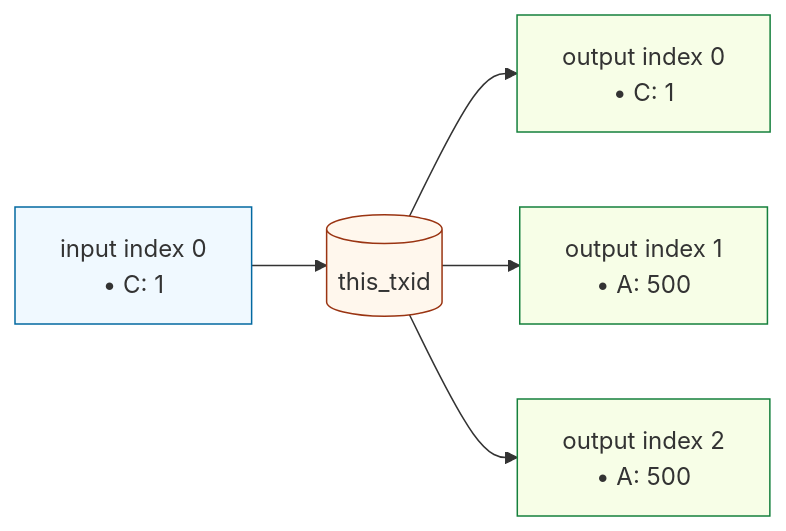
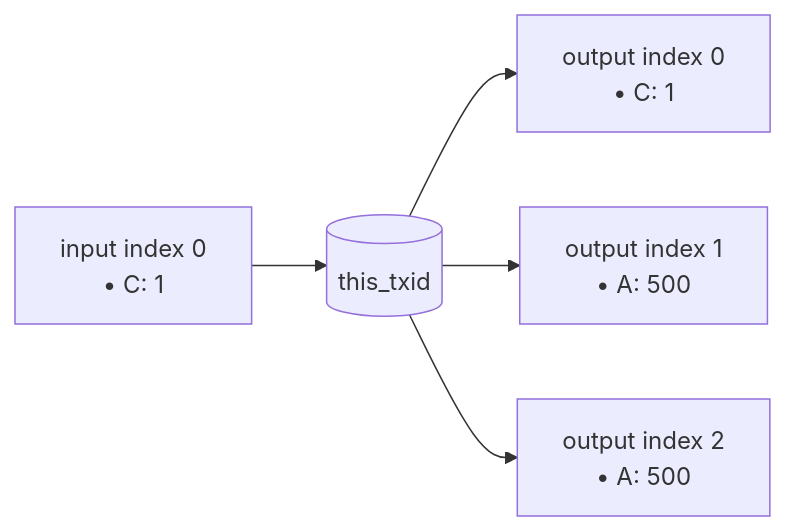
Before and after one commit to ArkLabsHQ/arkade-assets: the second of 13 diagrams in Arkade-Assets-Documentation.md, drawn with Mermaid. The commit also changed other lines of this file and 1 other file, not shown here.

````diff
--- a/Arkade-Assets-Documentation.md
+++ b/Arkade-Assets-Documentation.md
@@ -594,15 +594,9 @@
 ```mermaid
 flowchart LR
   TX[(this_txid)]
   i0["input index 0<br/>• C: 1"] --> TX
   TX --> o0["output index 0<br/>• C: 1"]
   TX --> o1["output index 1<br/>• A: 500"]
   TX --> o2["output index 2<br/>• A: 500"]
 
-  classDef in fill:#f0f9ff,stroke:#0369a1,stroke-width:1px;
-  classDef out fill:#f7fee7,stroke:#15803d,stroke-width:1px;
-  classDef tx fill:#fff7ed,stroke:#9a3412,stroke-width:1px;
-  class i0 in;
-  class TX tx;
-  class o0,o1,o2 out;
 ```
````
